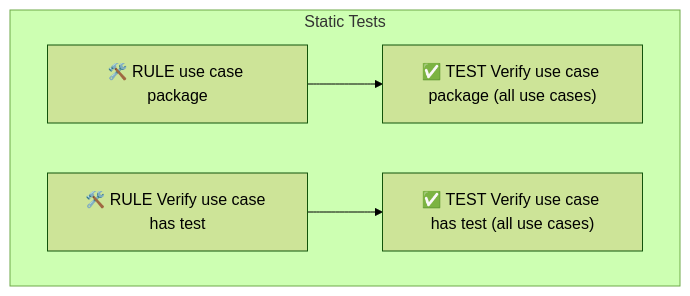
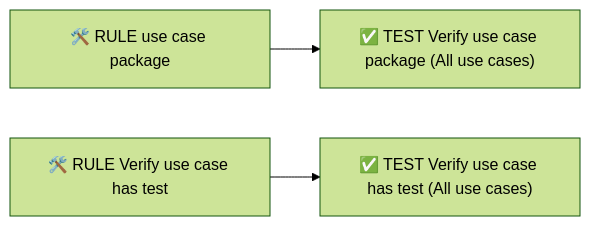
The second of 3 diagrams in advanced/dynamic-konsist-tests.md (LemonAppDev/konsist-documentation), drawn with Mermaid before and after one commit. The commit also changed other lines of this file, not shown here.

````diff
--- a/advanced/dynamic-konsist-tests.md
+++ b/advanced/dynamic-konsist-tests.md
@@ -69,11 +78,8 @@
 ```mermaid
 %%{init: {'theme':'forest'}}%%
-flowchart TB
-    subgraph Static Tests
-    direction LR
+flowchart LR
     S1["🛠️ RULE use case package"]-->S3
     S2["🛠️ RULE Verify use case has test"]-->S4
-    S3["✅ TEST Verify use case package (all use cases)"]
-    S4["✅ TEST Verify use case has test (all use cases)"]
-    end
+    S3["✅ TEST Verify use case package (All use cases)"]
+    S4["✅ TEST Verify use case has test (All use cases)"]
 ```
````
